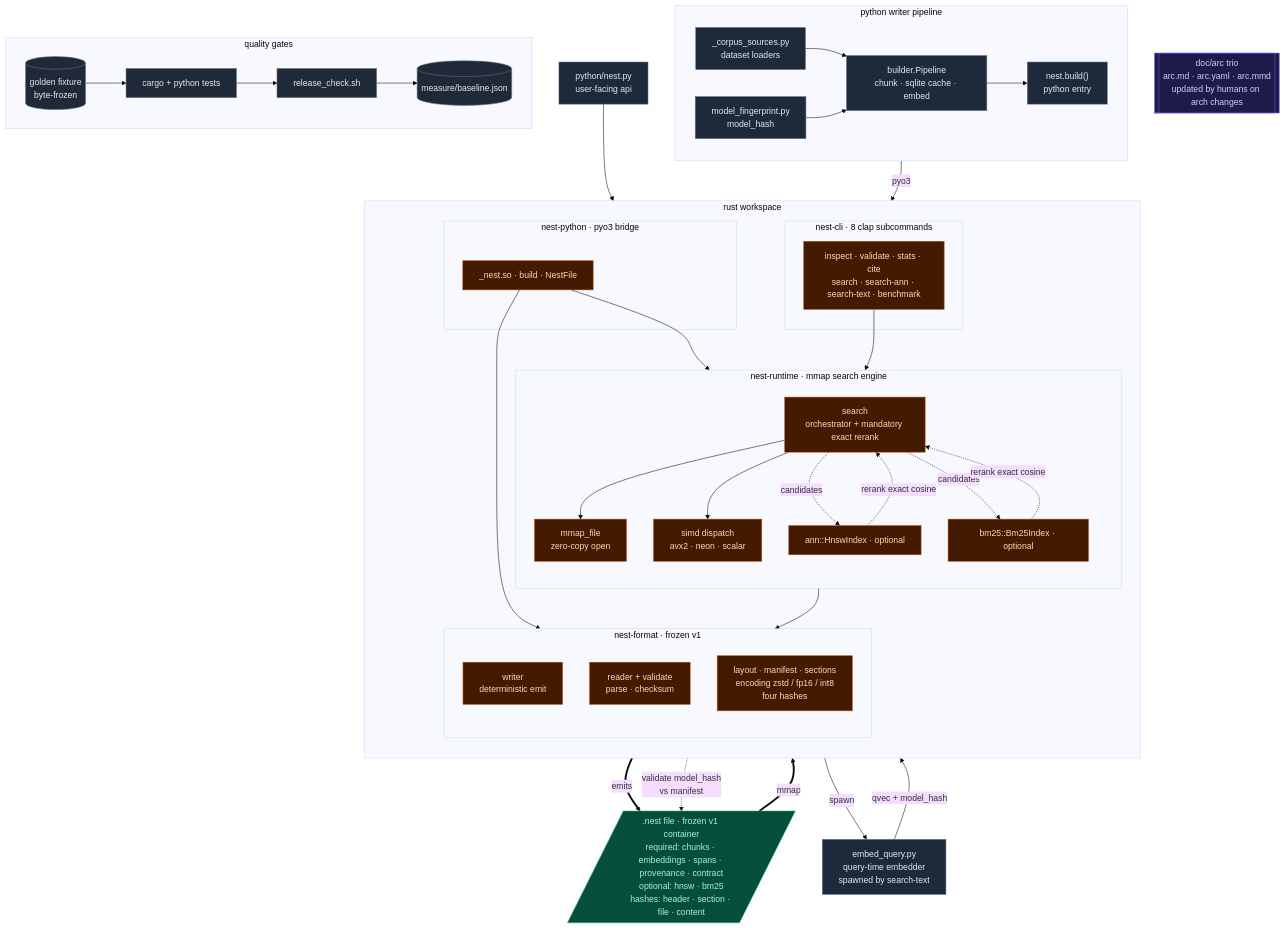
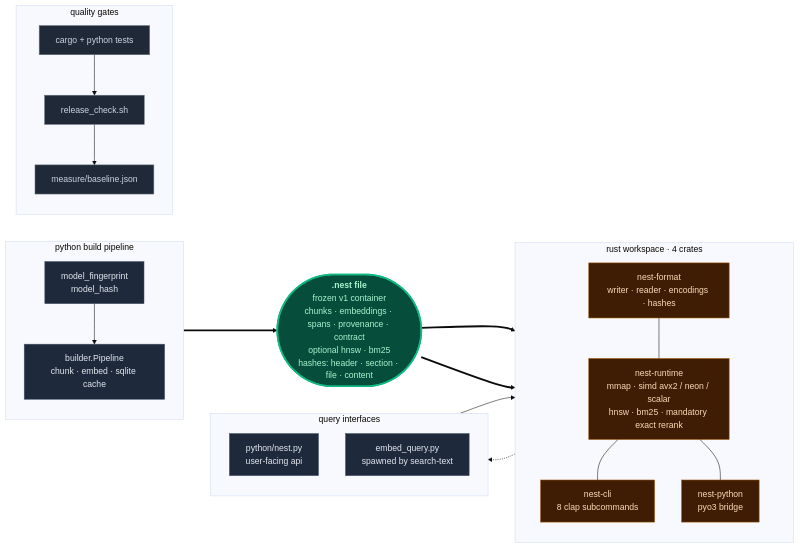
The diagram in README.md (hoffresearch/nest), drawn with Mermaid (base theme) before and after one commit. The commit also changed other lines of this file and 1 other file, not shown here.

Commit message:
simplify mermaid: LR, single-level subgraphs, ~12 nodes
previous TB version with nested subgraphs (rust workspace containing four
sub-subgraphs) and many cross-cluster edges defeated mermaid auto-layout on
github: clusters scattered out of reading order, the .nest contract floated
disconnected from the visual flow, and edges criss-crossed unreadably.

new version drops all nesting, uses LR with five single-level subgraphs in a
clean band layout (python build -> .nest contract -> rust workspace ->
interfaces, plus a quality column), and trusts the prose below the diagram to
carry the module-level breakdown that the previous diagram tried to encode in
visual structure.

the .nest contract gets a stronger stroke so it reads as the focal node where
python and rust meet.

````diff
--- a/README.md
+++ b/README.md
@@ -36,92 +36,48 @@
 ```mermaid
-flowchart TB
-    classDef py   fill:#1e293b,stroke:#64748b,color:#e2e8f0
-    classDef rs   fill:#451a03,stroke:#b45309,color:#fed7aa
-    classDef ctr  fill:#064e3b,stroke:#10b981,color:#a7f3d0
-    classDef gate fill:#1f2937,stroke:#6b7280,color:#e5e7eb
-    classDef ref  fill:#1e1b4b,stroke:#6366f1,color:#c7d2fe
+flowchart LR
+    classDef py   fill:#1e293b,stroke:#475569,color:#e2e8f0
+    classDef rs   fill:#3f1d05,stroke:#a45a09,color:#fcd9b6
+    classDef ctr  fill:#064e3b,stroke:#10b981,color:#a7f3d0,stroke-width:3px
+    classDef gate fill:#1f2937,stroke:#6b7280,color:#cbd5e1
 
-    subgraph BUILD["python writer pipeline"]
-      direction LR
-      SRC["_corpus_sources.py<br/>dataset loaders"]:::py
-      FPR["model_fingerprint.py<br/>model_hash"]:::py
-      PIPE["builder.Pipeline<br/>chunk · sqlite cache · embed"]:::py
-      BLDFN["nest.build()<br/>python entry"]:::py
-      SRC --> PIPE
+    subgraph BUILD["python build pipeline"]
+      direction TB
+      FPR["model_fingerprint<br/>model_hash"]:::py
+      PIPE["builder.Pipeline<br/>chunk · embed · sqlite cache"]:::py
       FPR --> PIPE
-      PIPE --> BLDFN
     end
 
-    NEST[/".nest file · frozen v1 container<br/>required: chunks · embeddings · spans · provenance · contract<br/>optional: hnsw · bm25<br/>hashes: header · section · file · content"/]:::ctr
+    NEST(["<b>.nest file</b><br/>frozen v1 container<br/>chunks · embeddings · spans · provenance · contract<br/>optional hnsw · bm25<br/>hashes: header · section · file · content"]):::ctr
 
-    subgraph RUST["rust workspace"]
+    subgraph RUST["rust workspace · 4 crates"]
       direction TB
-
-      subgraph PYBR["nest-python · pyo3 bridge"]
-        PYM["_nest.so · build · NestFile"]:::rs
-      end
-
-      subgraph FMT["nest-format · frozen v1"]
-        direction TB
-        WRT["writer<br/>deterministic emit"]:::rs
-        RDR["reader + validate<br/>parse · checksum"]:::rs
-        FMTI["layout · manifest · sections<br/>encoding zstd / fp16 / int8<br/>four hashes"]:::rs
-      end
-
-      subgraph RT["nest-runtime · mmap search engine"]
-        direction TB
-        MMP["mmap_file<br/>zero-copy open"]:::rs
-        SRCH["search<br/>orchestrator + mandatory exact rerank"]:::rs
-        SIMD["simd dispatch<br/>avx2 · neon · scalar"]:::rs
-        ANN["ann::HnswIndex · optional"]:::rs
-        BM25["bm25::Bm25Index · optional"]:::rs
-      end
-
-      subgraph CLIC["nest-cli · 8 clap subcommands"]
-        CLI["inspect · validate · stats · cite<br/>search · search-ann · search-text · benchmark"]:::rs
-      end
+      FMT["nest-format<br/>writer · reader · encodings · hashes"]:::rs
+      RT["nest-runtime<br/>mmap · simd avx2 / neon / scalar<br/>hnsw · bm25 · mandatory exact rerank"]:::rs
+      CLI["nest-cli<br/>8 clap subcommands"]:::rs
+      PYB["nest-python<br/>pyo3 bridge"]:::rs
+      FMT --- RT
+      RT --- CLI
+      RT --- PYB
     end
 
-    EMB["embed_query.py<br/>query-time embedder<br/>spawned by search-text"]:::py
-    PYAPI["python/nest.py<br/>user-facing api"]:::py
+    subgraph QRY["query interfaces"]
+      direction TB
+      PYAPI["python/nest.py<br/>user-facing api"]:::py
+      EMB["embed_query.py<br/>spawned by search-text"]:::py
+    end
 
     subgraph QA["quality gates"]
-      direction LR
-      FX[("golden fixture<br/>byte-frozen")]:::gate
+      direction TB
       TST["cargo + python tests"]:::gate
       GATE["release_check.sh"]:::gate
-      BASE[("measure/baseline.json")]:::gate
+      BASE["measure/baseline.json"]:::gate
+      TST --> GATE
+      GATE --> BASE
     end
 
-    ARC[["doc/arc trio<br/>arc.md · arc.yaml · arc.mmd<br/>updated by humans on arch changes"]]:::ref
-
-    %% build path
-    BLDFN -- "pyo3" --> PYM
-    PYM --> WRT
-    WRT == "emits" ==> NEST
-
-    %% runtime open
-    NEST == "mmap" ==> MMP
-    MMP --> RDR
-
-    %% search orchestration
-    SRCH --> MMP
-    SRCH --> SIMD
-    SRCH -. "candidates" .-> ANN
-    SRCH -. "candidates" .-> BM25
-    ANN -. "rerank exact cosine" .-> SRCH
-    BM25 -. "rerank exact cosine" .-> SRCH
-
-    %% query interfaces
-    PYAPI --> PYM
-    PYM --> SRCH
-    CLI --> SRCH
-    CLI -- "spawn" --> EMB
-    EMB -- "qvec + model_hash" --> CLI
-    CLI -. "validate model_hash<br/>vs manifest" .-> NEST
-
-    %% quality
-    FX --> TST
-    TST --> GATE
-    GATE --> BASE
+    PIPE  ==> NEST
+    NEST  ==> FMT
+    NEST  ==> RT
+    PYAPI --> PYB
+    CLI   -.-> EMB
 ```
````
